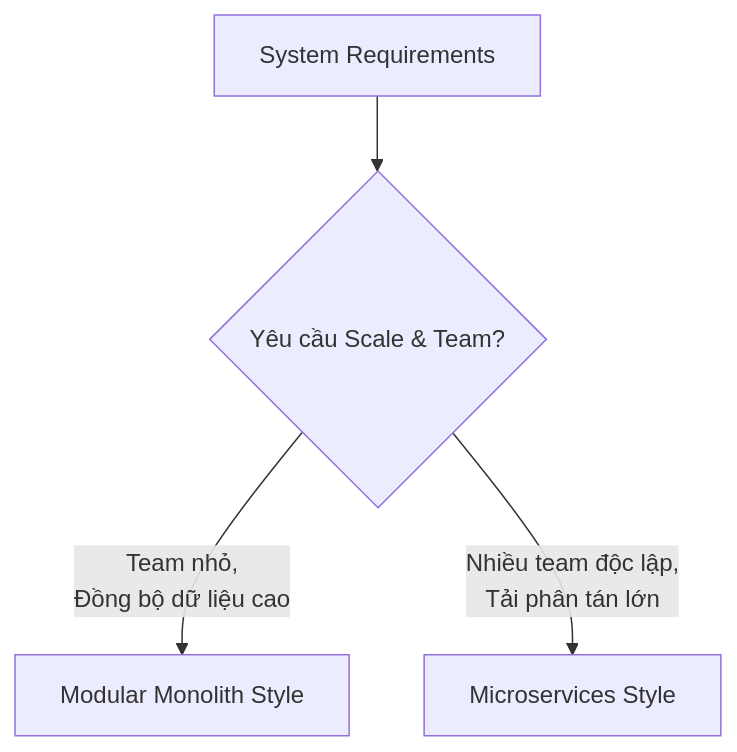
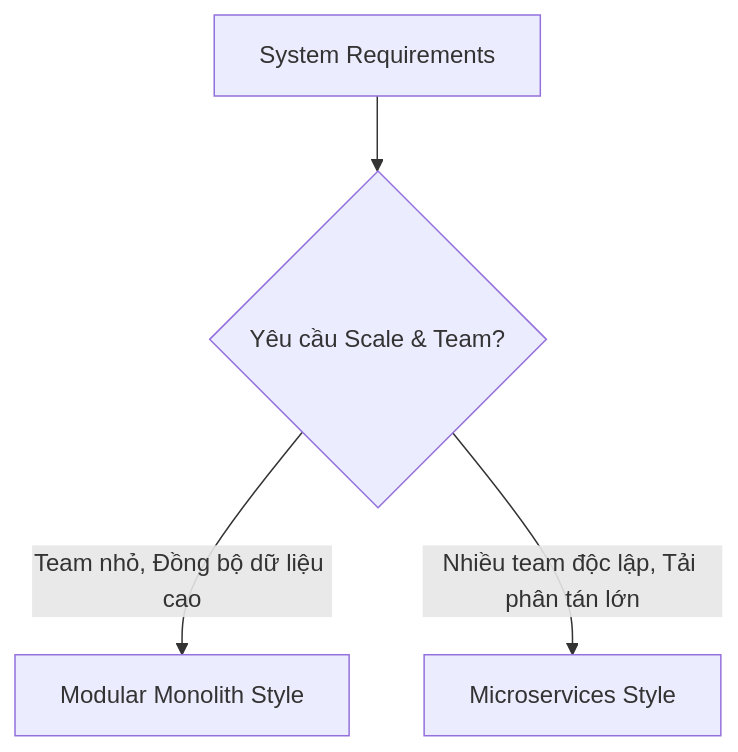
One commit to MaiTheHao/docs changed the fifth of 8 diagrams in release/software_architecture/00_fundamental/02_four_dimensions.md. Above: the diagram before and after it, drawn with Mermaid. The commit also changed other lines of this file and 4 other files, not shown here.

````diff
--- a/release/software_architecture/00_fundamental/02_four_dimensions.md
+++ b/release/software_architecture/00_fundamental/02_four_dimensions.md
@@ -123,10 +121,10 @@
 ```mermaid
 graph TD
     accTitle: Lựa chọn Architecture Style dựa trên Requirements
     accDescr: Sơ đồ quyết định chọn Modular Monolith hoặc Microservices dựa trên đặc tính hệ thống
 
     reqs["System Requirements"] --> checkScale{"Yêu cầu Scale & Team?"}
 
-    checkScale -- "Team nhỏ,<br/>Đồng bộ dữ liệu cao" --> modMono["Modular Monolith Style"]
-    checkScale -- "Nhiều team độc lập,<br/>Tải phân tán lớn" --> microServ["Microservices Style"]
+    checkScale -->|"Team nhỏ, Đồng bộ dữ liệu cao"| modMono["Modular Monolith Style"]
+    checkScale -->|"Nhiều team độc lập, Tải phân tán lớn"| microServ["Microservices Style"]
 ```
````
